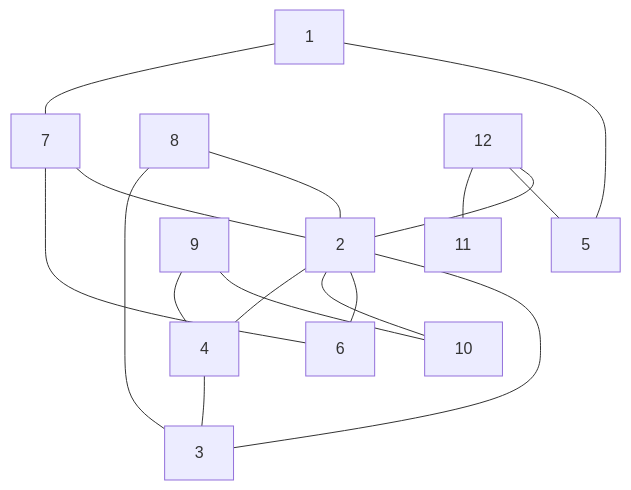
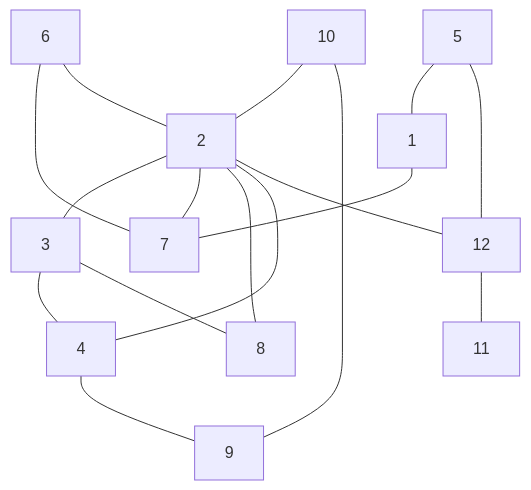
Before and after one commit to antononcube/Raku-Graph: the diagram in README.md, drawn with Mermaid. The commit also changed other lines of this file and 1 other file, not shown here.

Commit message:
docs:Marked TODO items.

````diff
--- a/README.md
+++ b/README.md
@@ -84,19 +84,19 @@
 ```mermaid
 graph TD
+6 --- 7
+6 --- 2
+10 --- 2
+10 --- 9
+2 --- 3
+2 --- 7
+2 --- 8
+2 --- 4
+2 --- 12
+3 --- 4
+3 --- 8
+4 --- 9
+5 --- 1
+5 --- 12
 1 --- 7
-1 --- 5
-9 --- 4
-9 --- 10
 12 --- 11
-12 --- 5
-12 --- 2
-8 --- 3
-8 --- 2
-7 --- 6
-7 --- 2
-2 --- 4
-2 --- 10
-2 --- 6
-2 --- 3
-4 --- 3
 ```
````
